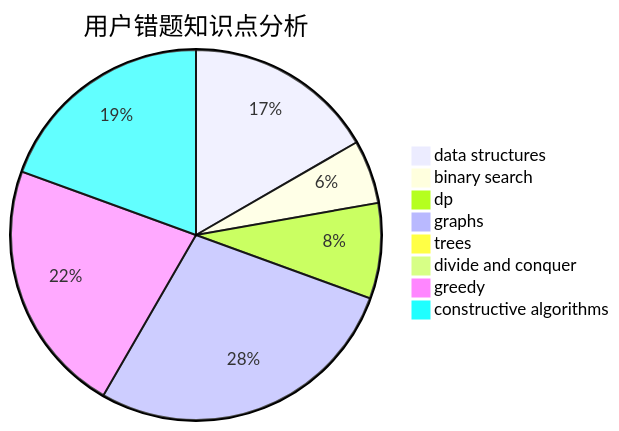
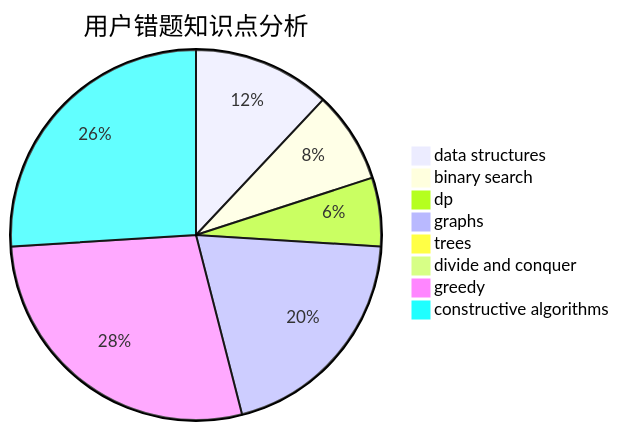
The third of 3 diagrams in docs/user/u1274.md (sherpahu/cfrs.github.io), drawn with Mermaid before and after one commit. The commit also changed other lines of this file and 2770 other files, not shown here.

````diff
--- a/docs/user/u1274.md
+++ b/docs/user/u1274.md
@@ -36,11 +36,11 @@
 ```mermaid
 pie title 用户错题知识点分析
     "data structures" :  6
-    "binary search" :  2
+    "binary search" :  4
     "dp" :  3
     "graphs" :  10
     "trees" :  0
     "divide and conquer" :  0
-    "greedy" :  8
-    "constructive algorithms" :  7
+    "greedy" :  14
+    "constructive algorithms" :  13
 ```
````
